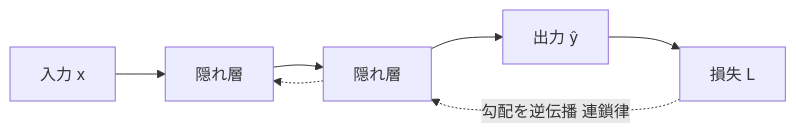
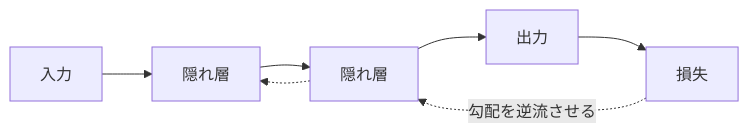
Before and after one commit to PlumaHatchery/llm-study: the first of 2 diagrams in content/notes/deep-learning.md, drawn with Mermaid. The commit also changed other lines of this file and 12 other files, not shown here.

````diff
--- a/content/notes/deep-learning.md
+++ b/content/notes/deep-learning.md
@@ -12,6 +11,6 @@
 ```mermaid
 flowchart LR
-  X["入力 x"] --> H1["隠れ層"] --> H2["隠れ層"] --> Y["出力 ŷ"] --> L["損失 L"]
-  L -.->|勾配を逆伝播 連鎖律| H2
+  X["入力"] --> H1["隠れ層"] --> H2["隠れ層"] --> Y["出力"] --> L["損失"]
+  L -.->|勾配を逆流させる| H2
   H2 -.-> H1
 ```
````
